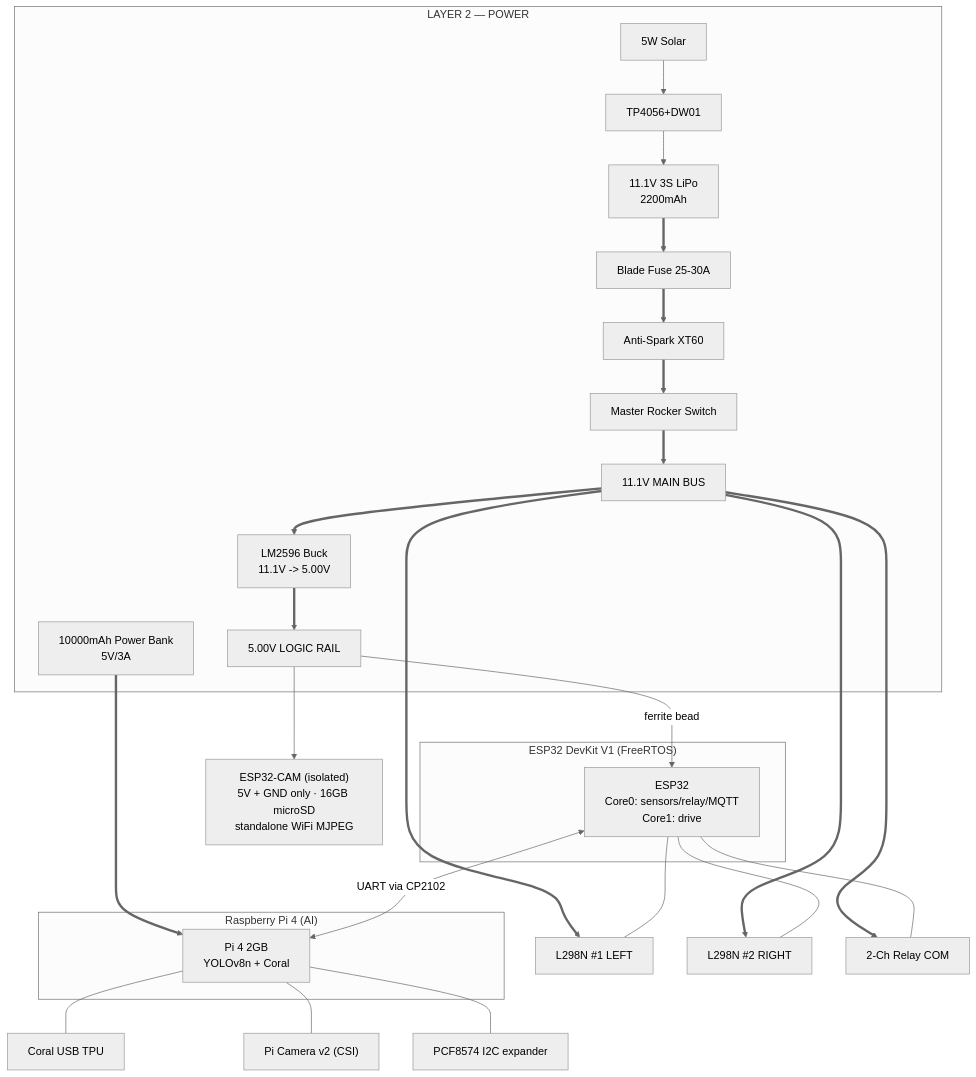
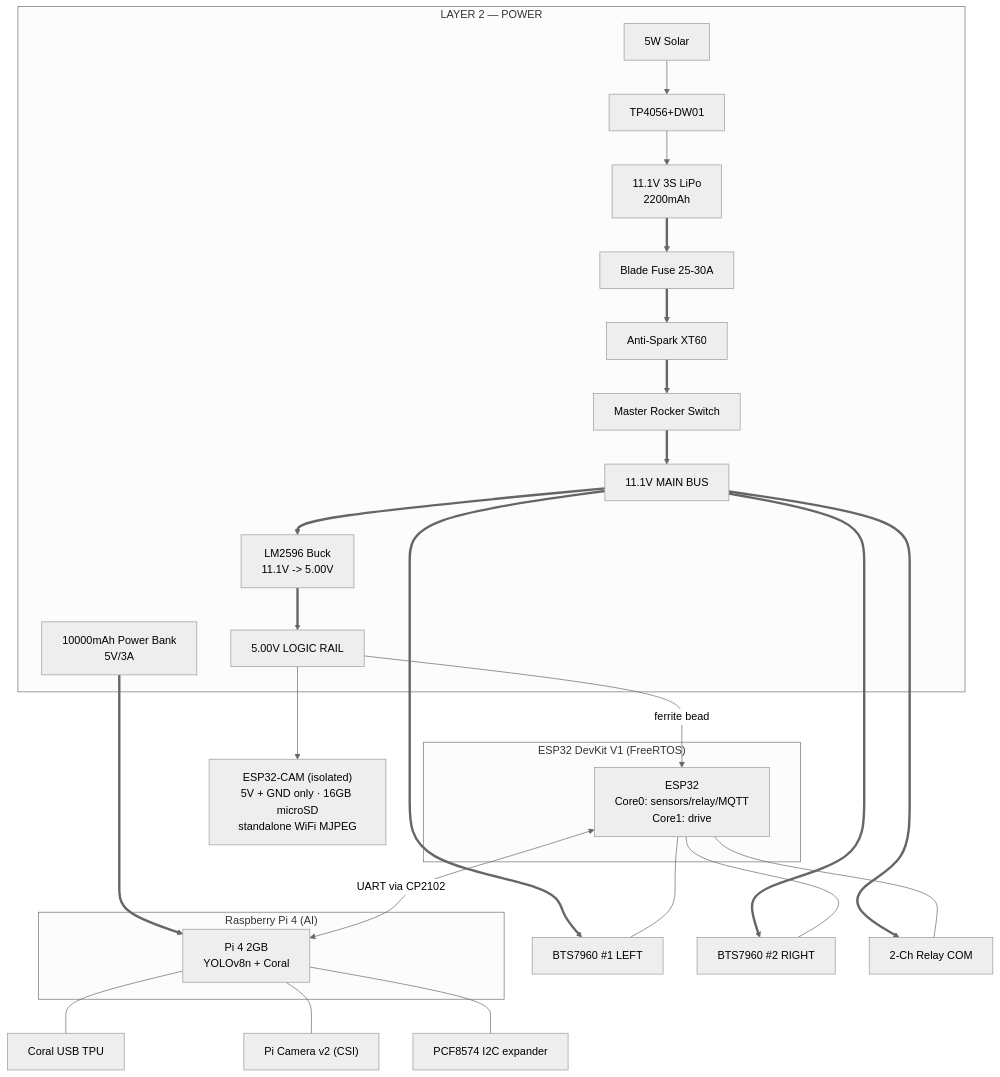
Before and after one commit to aman123825/agrobot: the first of 3 diagrams in docs/circuit-diagram.md, drawn with Mermaid (neutral theme). The commit also changed other lines of this file and 20 other files, not shown here.

````diff
--- a/docs/circuit-diagram.md
+++ b/docs/circuit-diagram.md
@@ -14,39 +14,39 @@
 ```mermaid
 flowchart TB
     subgraph POWER["LAYER 2 — POWER"]
         LIPO["11.1V 3S LiPo<br/>2200mAh"]
         FUSE["Blade Fuse 25-30A"]
         ASXT["Anti-Spark XT60"]
         SW["Master Rocker Switch"]
         BUS["11.1V MAIN BUS"]
         BUCK["LM2596 Buck<br/>11.1V -> 5.00V"]
         RAIL5["5.00V LOGIC RAIL"]
         PBANK["10000mAh Power Bank<br/>5V/3A"]
         SOLAR["5W Solar"] --> TP["TP4056+DW01"] --> LIPO
         LIPO ==> FUSE ==> ASXT ==> SW ==> BUS
         BUS ==> BUCK ==> RAIL5
     end
 
     subgraph ESP["ESP32 DevKit V1 (FreeRTOS)"]
         E32["ESP32<br/>Core0: sensors/relay/MQTT<br/>Core1: drive"]
     end
 
     subgraph PI["Raspberry Pi 4 (AI)"]
         RPI["Pi 4 2GB<br/>YOLOv8n + Coral"]
     end
 
     RAIL5 -->|ferrite bead| E32
     PBANK ==> RPI
-    BUS ==> L298L["L298N #1 LEFT"]
-    BUS ==> L298R["L298N #2 RIGHT"]
+    BUS ==> L298L["BTS7960 #1 LEFT"]
+    BUS ==> L298R["BTS7960 #2 RIGHT"]
     BUS ==> RLY["2-Ch Relay COM"]
 
     E32 <-->|"UART via CP2102"| RPI
     E32 --- L298L
     E32 --- L298R
     E32 --- RLY
     RPI --- CORAL["Coral USB TPU"]
     RPI --- CAM["Pi Camera v2 (CSI)"]
     RPI --- PCF["PCF8574 I2C expander"]
     RAIL5 --> ECAM["ESP32-CAM (isolated)<br/>5V + GND only · 16GB microSD<br/>standalone WiFi MJPEG"]
 ```
````
